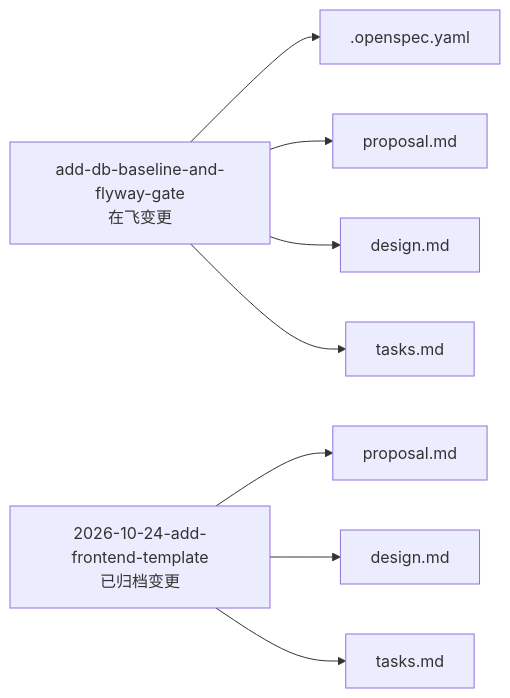
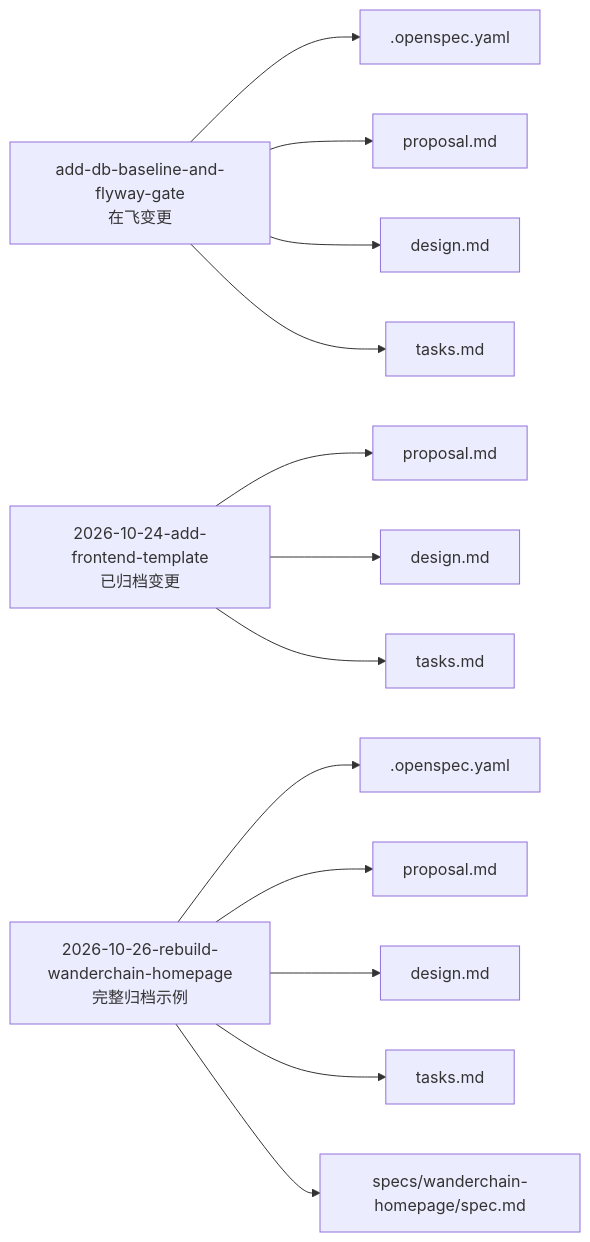
Before and after one commit to luyitiger6/my-first-project: the sixth of 8 diagrams in .qoder/repowiki/zh/content/规格驱动开发/规格驱动开发.md, drawn with Mermaid. The commit also changed other lines of this file and 44 other files, not shown here.

````diff
--- a/.qoder/repowiki/zh/content/规格驱动开发/规格驱动开发.md
+++ b/.qoder/repowiki/zh/content/规格驱动开发/规格驱动开发.md
@@ -245,10 +261,15 @@
 ```mermaid
 graph LR
 ChangeA["add-db-baseline-and-flyway-gate<br/>在飞变更"] --> A1[".openspec.yaml"]
 ChangeA --> A2["proposal.md"]
 ChangeA --> A3["design.md"]
 ChangeA --> A4["tasks.md"]
 ChangeB["2026-10-24-add-frontend-template<br/>已归档变更"] --> B1["proposal.md"]
 ChangeB --> B2["design.md"]
 ChangeB --> B3["tasks.md"]
+ChangeC["2026-10-26-rebuild-wanderchain-homepage<br/>完整归档示例"] --> C1[".openspec.yaml"]
+ChangeC --> C2["proposal.md"]
+ChangeC --> C3["design.md"]
+ChangeC --> C4["tasks.md"]
+ChangeC --> C5["specs/wanderchain-homepage/spec.md"]
 ```
````
